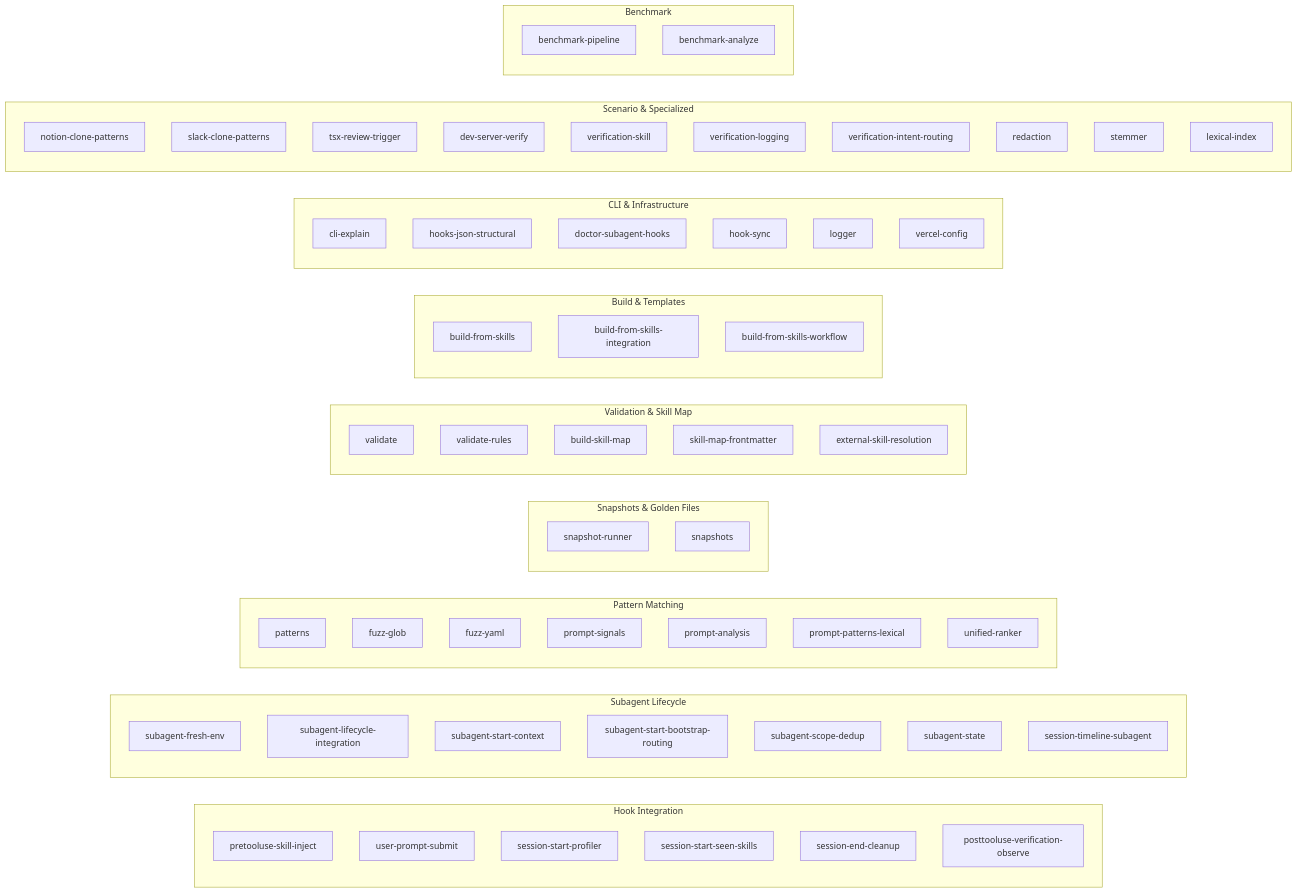
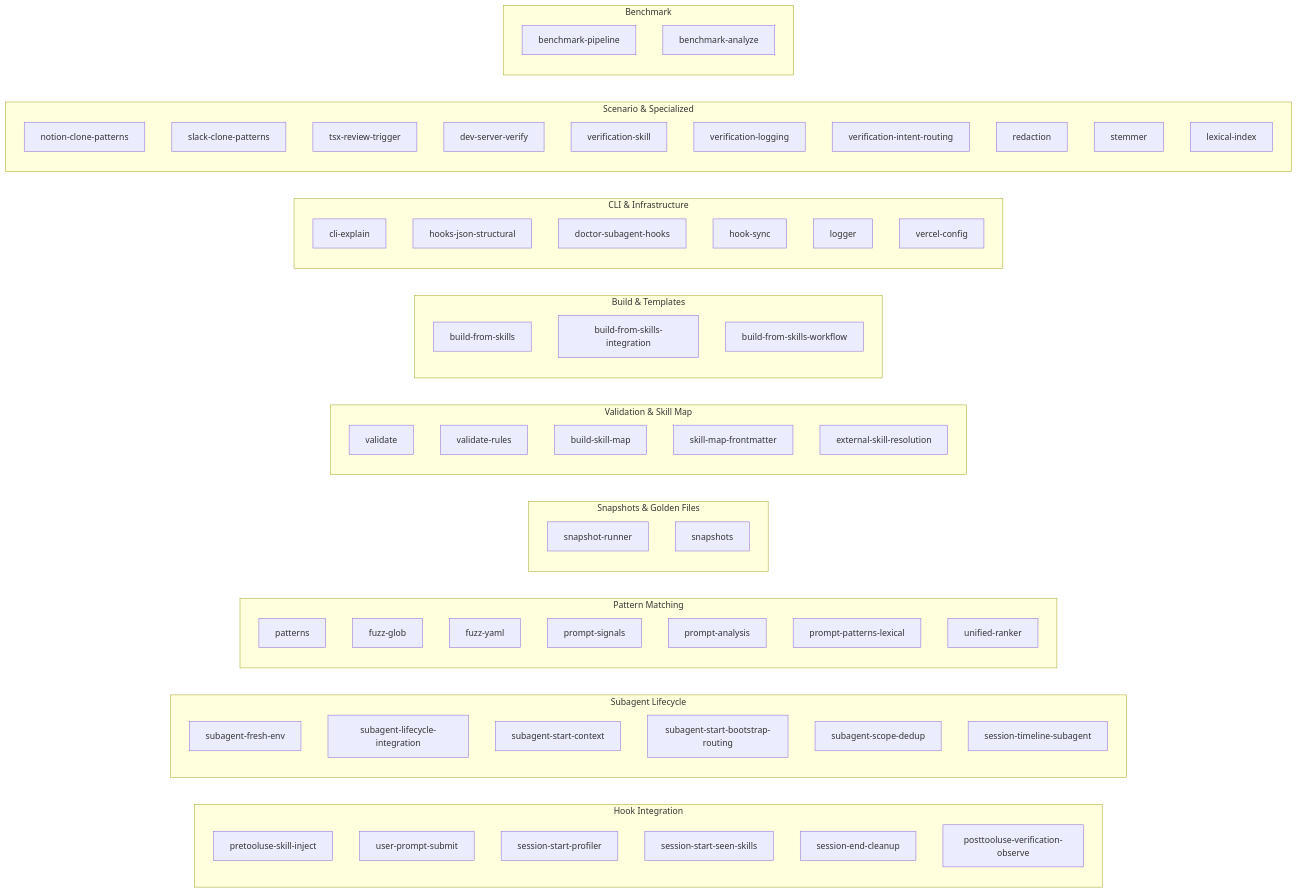
The second of 3 diagrams in docs/developer-guide.md (vercel-labs/vercel-plugin), drawn with Mermaid before and after one commit. The commit also changed 21 other files, not shown here.

````diff
--- a/docs/developer-guide.md
+++ b/docs/developer-guide.md
@@ -249,77 +249,76 @@
 ```mermaid
 graph LR
     subgraph "Hook Integration"
         A1["pretooluse-skill-inject"]
         A2["user-prompt-submit"]
         A3["session-start-profiler"]
         A4["session-start-seen-skills"]
         A5["session-end-cleanup"]
         A6["posttooluse-verification-observe"]
     end
 
     subgraph "Subagent Lifecycle"
         B1["subagent-fresh-env"]
         B2["subagent-lifecycle-integration"]
         B3["subagent-start-context"]
         B4["subagent-start-bootstrap-routing"]
         B5["subagent-scope-dedup"]
-        B6["subagent-state"]
         B7["session-timeline-subagent"]
     end
 
     subgraph "Pattern Matching"
         C1["patterns"]
         C2["fuzz-glob"]
         C3["fuzz-yaml"]
         C4["prompt-signals"]
         C5["prompt-analysis"]
         C6["prompt-patterns-lexical"]
         C7["unified-ranker"]
     end
 
     subgraph "Snapshots & Golden Files"
         D1["snapshot-runner"]
         D2["snapshots"]
     end
 
     subgraph "Validation & Skill Map"
         E1["validate"]
         E2["validate-rules"]
         E3["build-skill-map"]
         E4["skill-map-frontmatter"]
         E5["external-skill-resolution"]
     end
 
     subgraph "Build & Templates"
         F1["build-from-skills"]
         F2["build-from-skills-integration"]
         F3["build-from-skills-workflow"]
     end
 
     subgraph "CLI & Infrastructure"
         G1["cli-explain"]
         G2["hooks-json-structural"]
         G3["doctor-subagent-hooks"]
         G4["hook-sync"]
         G5["logger"]
         G6["vercel-config"]
     end
 
     subgraph "Scenario & Specialized"
         H1["notion-clone-patterns"]
         H2["slack-clone-patterns"]
         H3["tsx-review-trigger"]
         H4["dev-server-verify"]
         H5["verification-skill"]
         H6["verification-logging"]
         H7["verification-intent-routing"]
         H8["redaction"]
         H9["stemmer"]
         H10["lexical-index"]
     end
 
     subgraph "Benchmark"
         I1["benchmark-pipeline"]
         I2["benchmark-analyze"]
     end
 ```
````
